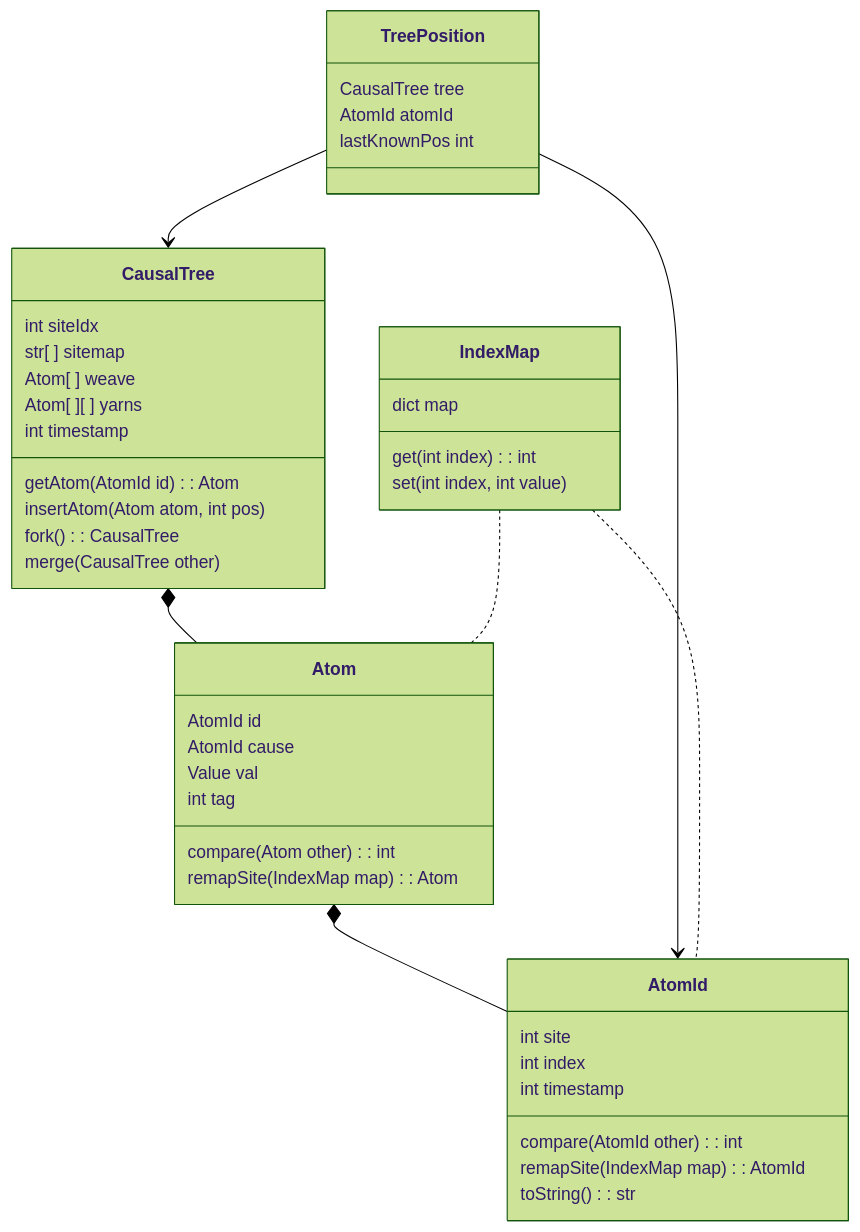
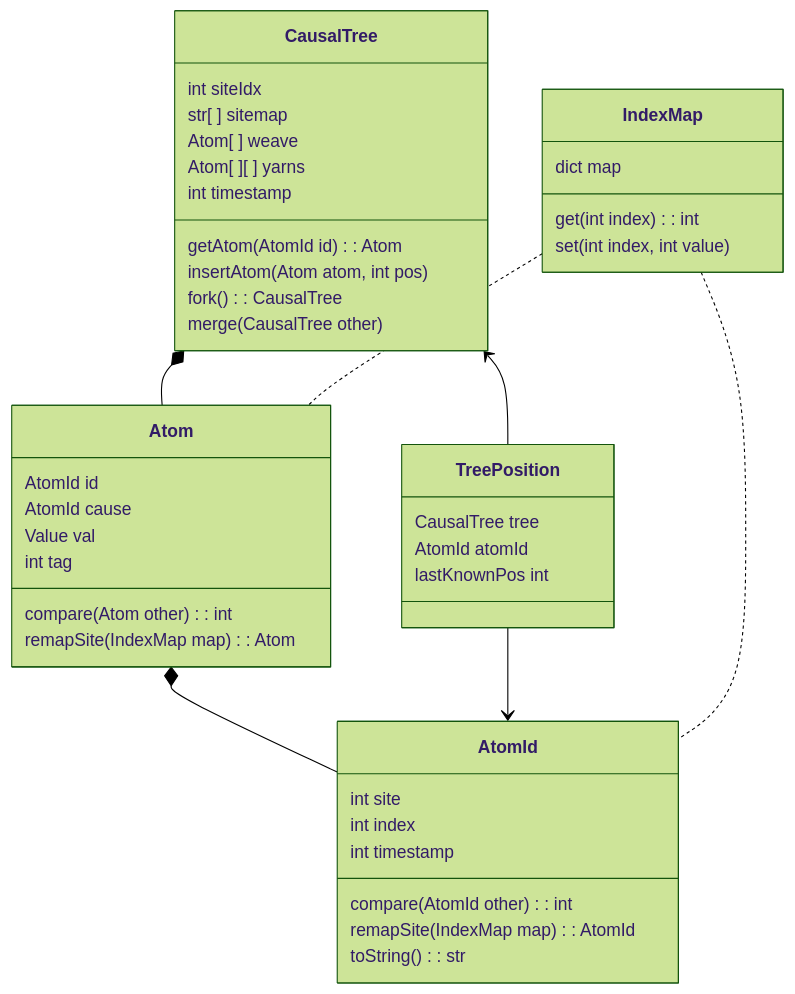
One commit to crdteam/causal-tree-ts changed the third of 3 diagrams in README.md. Above: the diagram before and after it, drawn with Mermaid (forest theme). The commit also changed other lines of this file, not shown here.

Commit message:
fix: better diagram

````diff
--- a/README.md
+++ b/README.md
@@ -164,54 +164,52 @@
 ```mermaid
 classDiagram
+    Atom *-- AtomId
     CausalTree *-- Atom
-    Atom *-- AtomId
-    TreePosition --> CausalTree
+    CausalTree <-- TreePosition
     TreePosition --> AtomId
+    IndexMap .. Atom
     IndexMap .. AtomId
-    IndexMap .. Atom
-
 
     class CausalTree {
       int siteIdx
       str[ ] sitemap
       Atom[ ] weave
       Atom[ ][ ] yarns
       int timestamp
       getAtom(AtomId id): Atom
       insertAtom(Atom atom, int pos)
       fork(): CausalTree
       merge(CausalTree other)
     }
 
     class Atom {
       AtomId id
       AtomId cause
       Value val
       int tag
       compare(Atom other): int
       remapSite(IndexMap map): Atom
       
     }
 
     class AtomId {
       int site
       int index
       int timestamp
       compare(AtomId other): int
       remapSite(IndexMap map): AtomId
       toString(): str
     }
 
     class TreePosition {
       CausalTree tree
       AtomId atomId
       lastKnownPos int
     }
 
     class IndexMap {
       dict map
       get(int index): int
       set(int index, int value)
     }
-
 ```
````
